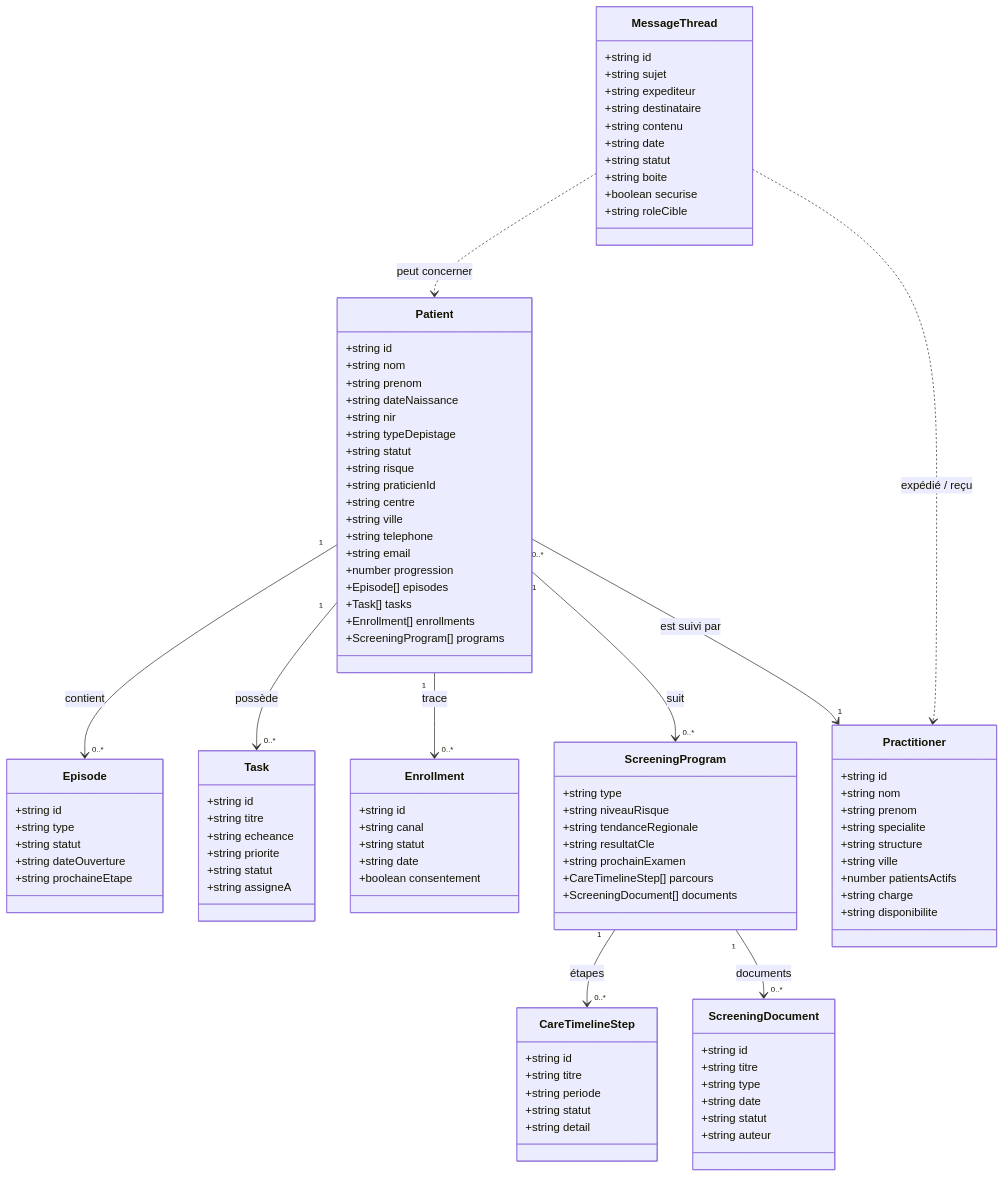
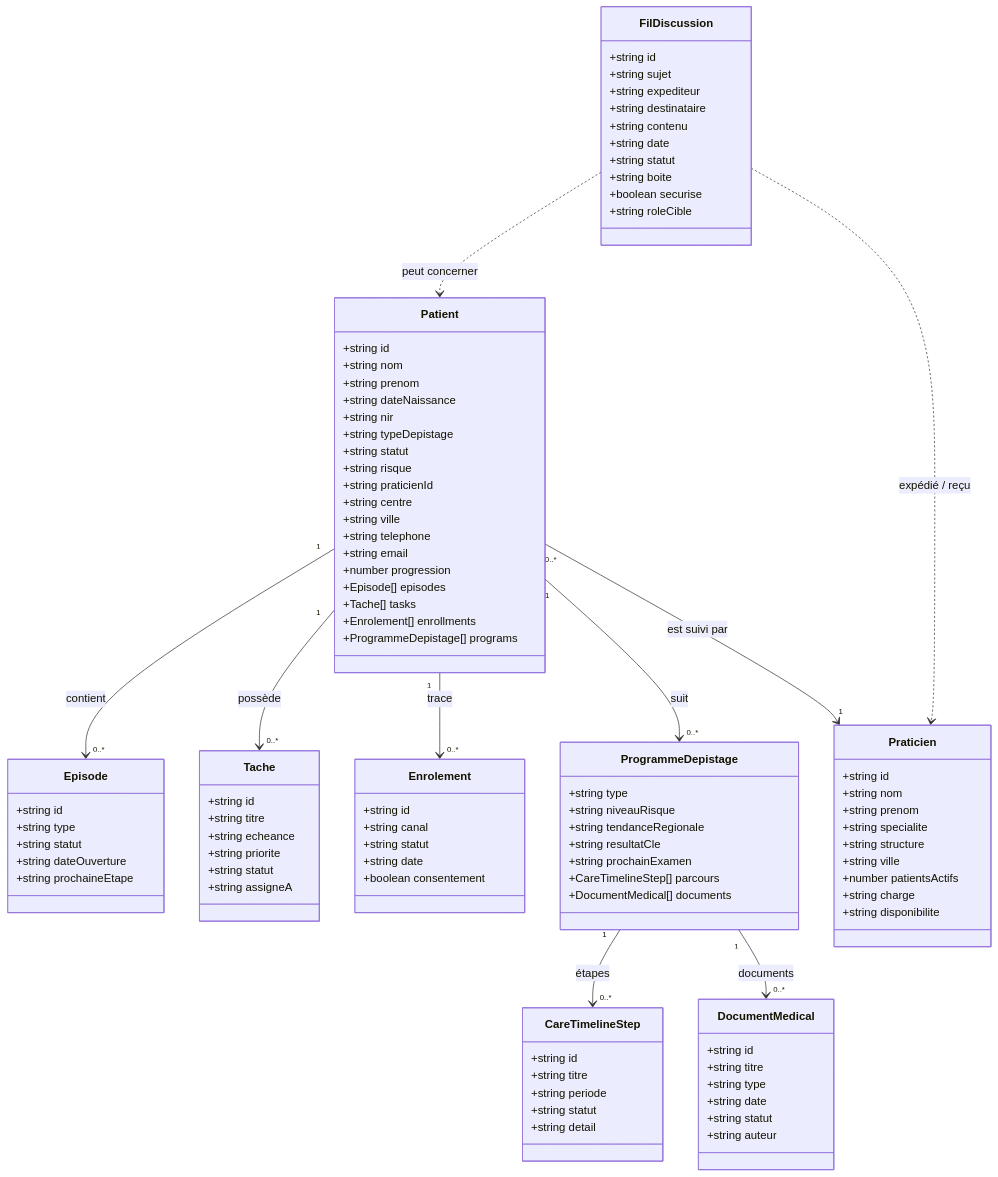
One commit to quangfr/esis changed the first of 5 diagrams in docs/ARCHITECTURE.md. Above: the diagram before and after it, drawn with Mermaid. The commit also changed other lines of this file and 2 other files, not shown here.

Commit message:
feat(docs): traduire les entités techniques en français, ajouter le 3ème diagramme de cycle de vie et passer le visualiseur Mermaid en pleine hauteur sans scroll

````diff
--- a/docs/ARCHITECTURE.md
+++ b/docs/ARCHITECTURE.md
@@ -45,12 +45,12 @@
         +string email
         +number progression
         +Episode[] episodes
-        +Task[] tasks
-        +Enrollment[] enrollments
-        +ScreeningProgram[] programs
+        +Tache[] tasks
+        +Enrolement[] enrollments
+        +ProgrammeDepistage[] programs
     }
 
-    class Practitioner {
+    class Praticien {
         +string id
         +string nom
         +string prenom
@@ -70,7 +70,7 @@
         +string prochaineEtape
     }
 
-    class Enrollment {
+    class Enrolement {
         +string id
         +string canal
         +string statut
@@ -78,7 +78,7 @@
         +boolean consentement
     }
 
-    class Task {
+    class Tache {
         +string id
         +string titre
         +string echeance
@@ -87,14 +87,14 @@
         +string assigneA
     }
 
-    class ScreeningProgram {
+    class ProgrammeDepistage {
         +string type
         +string niveauRisque
         +string tendanceRegionale
         +string resultatCle
         +string prochainExamen
         +CareTimelineStep[] parcours
-        +ScreeningDocument[] documents
+        +DocumentMedical[] documents
     }
 
     class CareTimelineStep {
@@ -105,7 +105,7 @@
         +string detail
     }
 
-    class ScreeningDocument {
+    class DocumentMedical {
         +string id
         +string titre
         +string type
@@ -114,7 +114,7 @@
         +string auteur
     }
 
-    class MessageThread {
+    class FilDiscussion {
         +string id
         +string sujet
         +string expediteur
@@ -128,12 +128,12 @@
     }
 
     Patient "1" --> "0..*" Episode : contient
-    Patient "1" --> "0..*" Task : possède
-    Patient "1" --> "0..*" Enrollment : trace
-    Patient "1" --> "0..*" ScreeningProgram : suit
-    Patient "0..*" --> "1" Practitioner : est suivi par
-    ScreeningProgram "1" --> "0..*" CareTimelineStep : étapes
-    ScreeningProgram "1" --> "0..*" ScreeningDocument : documents
-    MessageThread ..> Patient : peut concerner
-    MessageThread ..> Practitioner : expédié / reçu
+    Patient "1" --> "0..*" Tache : possède
+    Patient "1" --> "0..*" Enrolement : trace
+    Patient "1" --> "0..*" ProgrammeDepistage : suit
+    Patient "0..*" --> "1" Praticien : est suivi par
+    ProgrammeDepistage "1" --> "0..*" CareTimelineStep : étapes
+    ProgrammeDepistage "1" --> "0..*" DocumentMedical : documents
+    FilDiscussion ..> Patient : peut concerner
+    FilDiscussion ..> Praticien : expédié / reçu
 ```
````
